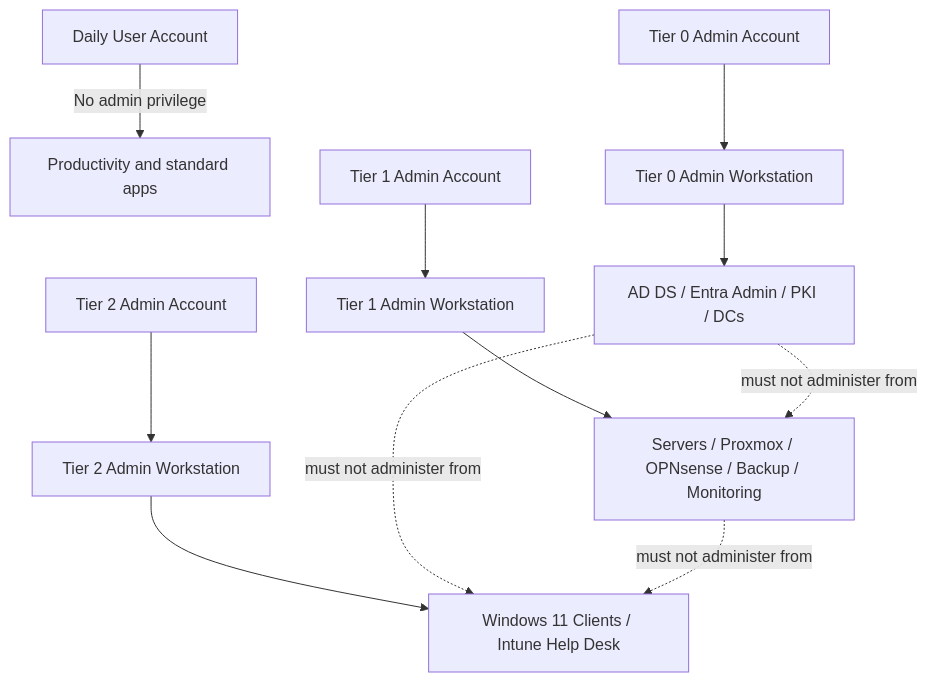
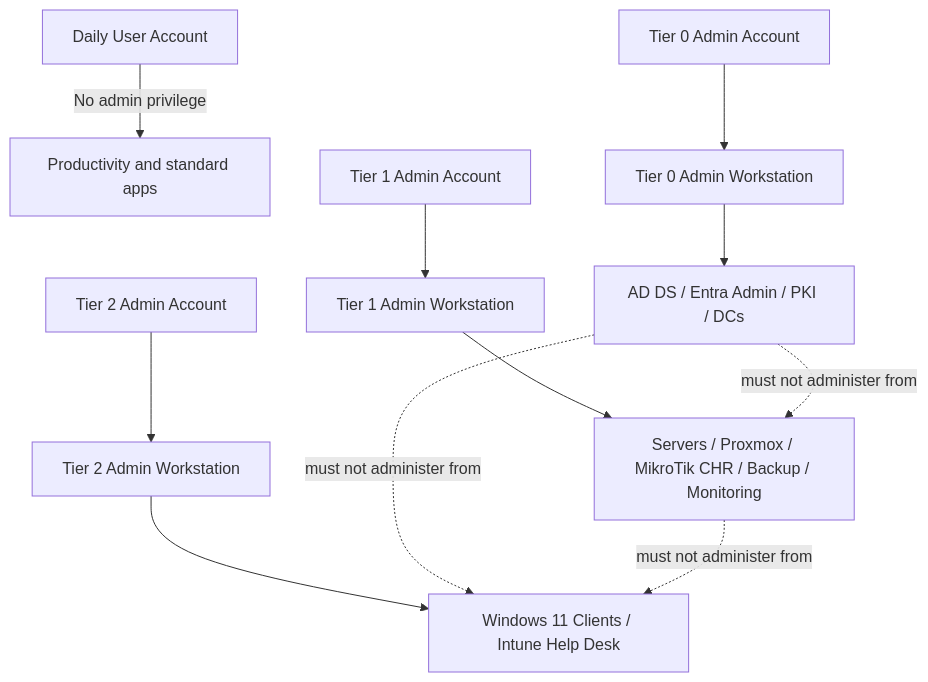
The first of 2 diagrams in docs/security/privileged-access-model.md (gntech-dev/geil-enterprise-docs), drawn with Mermaid before and after one commit. The commit also changed other lines of this file and 37 other files, not shown here.

````diff
--- a/docs/security/privileged-access-model.md
+++ b/docs/security/privileged-access-model.md
@@ -74,13 +74,13 @@
 ```mermaid
 flowchart TD
     U[Daily User Account] -->|No admin privilege| PROD[Productivity and standard apps]
     A0[Tier 0 Admin Account] --> PAW0[Tier 0 Admin Workstation]
     A1[Tier 1 Admin Account] --> PAW1[Tier 1 Admin Workstation]
     A2[Tier 2 Admin Account] --> PAW2[Tier 2 Admin Workstation]
     PAW0 --> T0[AD DS / Entra Admin / PKI / DCs]
-    PAW1 --> T1[Servers / Proxmox / OPNsense / Backup / Monitoring]
+    PAW1 --> T1[Servers / Proxmox / MikroTik CHR / Backup / Monitoring]
     PAW2 --> T2[Windows 11 Clients / Intune Help Desk]
     T0 -.must not administer from.-> T1
     T0 -.must not administer from.-> T2
     T1 -.must not administer from.-> T2
 ```
````
